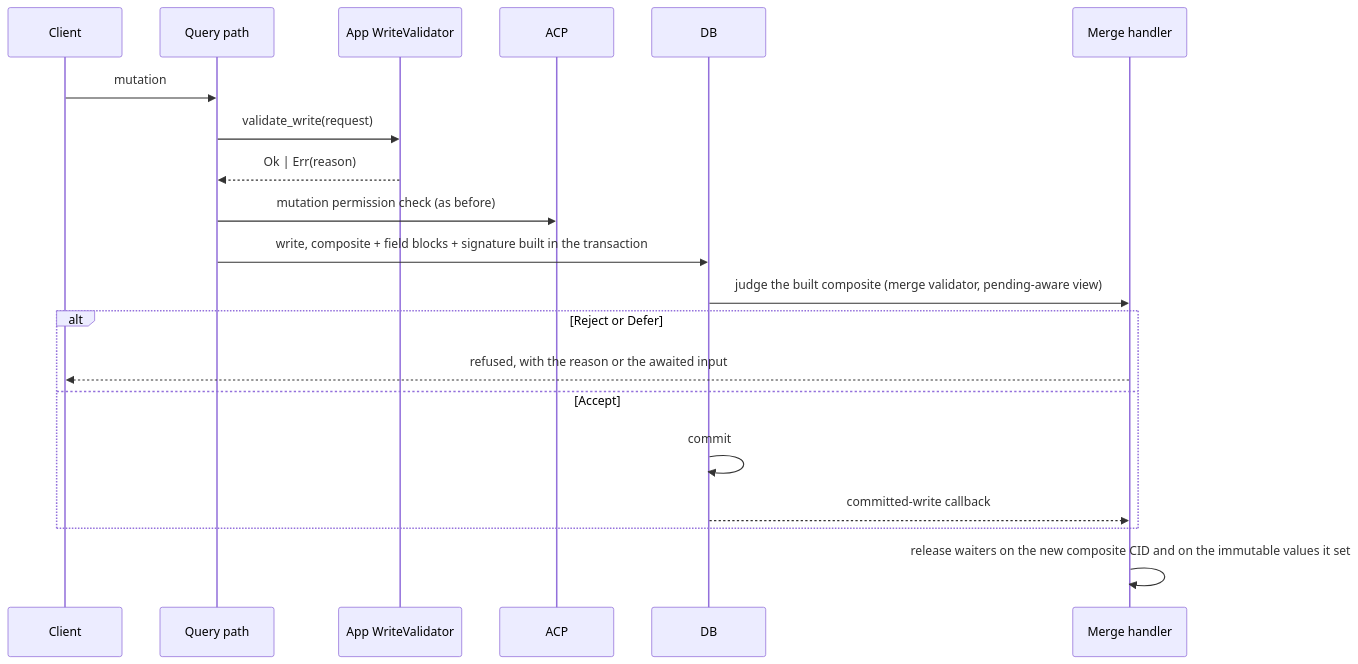
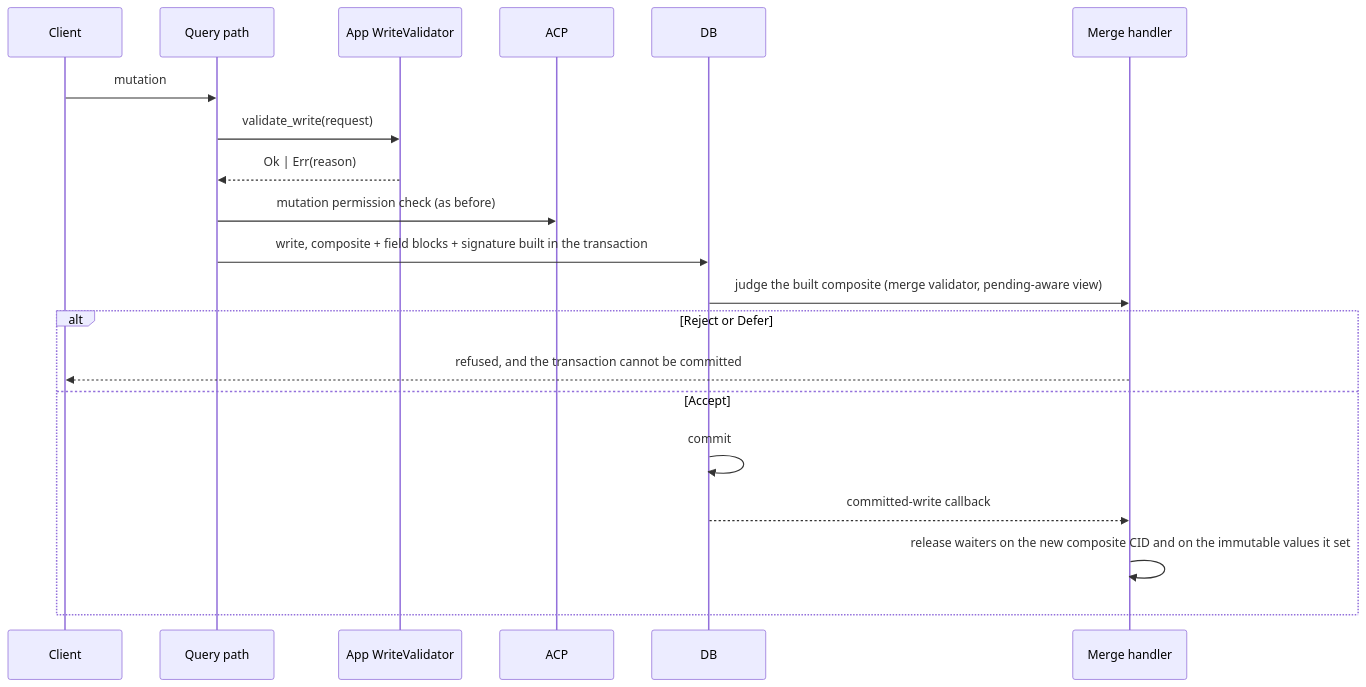
The eighth of 9 diagrams in governed-collections.md (sourcenetwork/defradb.rs), drawn with Mermaid before and after one commit. The commit also changed other lines of this file, not shown here.

Commit message:
docs: refused writes, the transaction's own stores, orphan patches, in governed-collections.md

````diff
--- a/governed-collections.md
+++ b/governed-collections.md
@@ -328,23 +328,23 @@
 ```mermaid
 sequenceDiagram
   participant App as Client
   participant Q as Query path
   participant WV as App WriteValidator
   participant ACP as ACP
   participant DB as DB
   participant H as Merge handler
 
   App->>Q: mutation
   Q->>WV: validate_write(request)
   WV-->>Q: Ok | Err(reason)
   Q->>ACP: mutation permission check (as before)
   Q->>DB: write, composite + field blocks + signature built in the transaction
   DB->>H: judge the built composite (merge validator, pending-aware view)
   alt Reject or Defer
-    H-->>App: refused, with the reason or the awaited input
+    H-->>App: refused, and the transaction cannot be committed
   else Accept
     DB->>DB: commit
     DB-->>H: committed-write callback
+    H->>H: release waiters on the new composite CID and on the immutable values it set
   end
-  H->>H: release waiters on the new composite CID and on the immutable values it set
 ```
````
